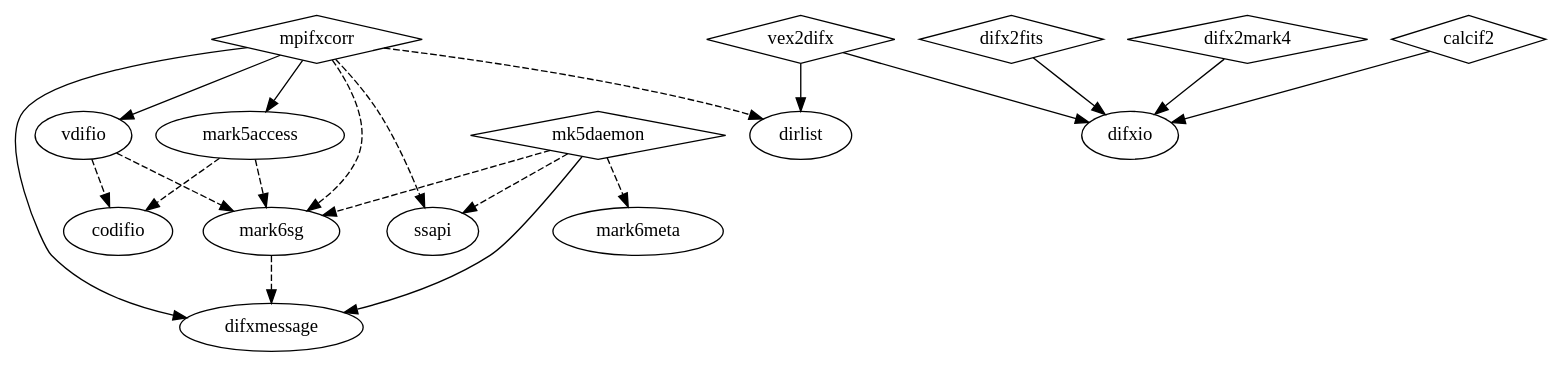
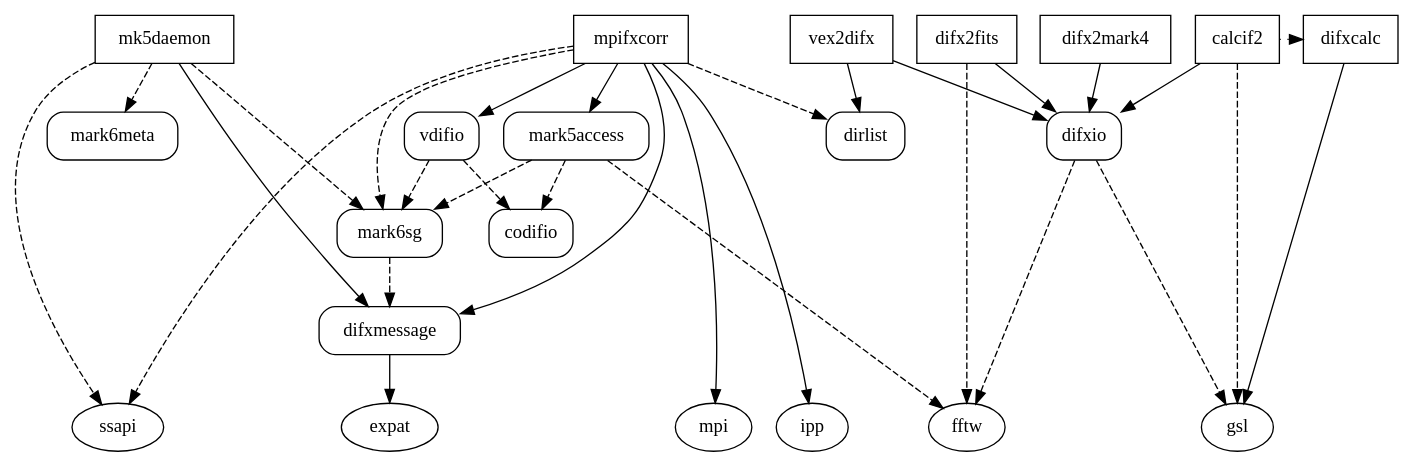
One commit to pwc/difx-svn2git-try4 changed the diagram in mpifxcorr/trunk/doc/dependencies.dot. Above: the diagram before and after it, drawn with Graphviz. The commit also changed 2 other files, not shown here.

```diff
--- a/mpifxcorr/trunk/doc/dependencies.dot
+++ b/mpifxcorr/trunk/doc/dependencies.dot
@@ -1,39 +1,58 @@
 digraph dependencies
 {
-	mpifxcorr [shape=diamond]
-	vdifio [shape=oval]
-	mark5access [shape=oval]
+	{ rank = same
+	mpifxcorr [shape=box]
+	difx2fits [shape=box]
+	difx2mark4 [shape=box]
+	vex2difx [shape=box]
+	mk5daemon [shape=box]
+	calcif2 [shape=box]
+	difxcalc [shape=box]
+	}
+	vdifio [shape=Mrecord]
+	mark5access [shape=Mrecord]
+	mark6sg [shape=Mrecord]
+	mark6meta [shape=Mrecord]
+	difxmessage [shape=Mrecord]
+	codifio [shape=Mrecord]
+	dirlist [shape=Mrecord]
+	difxio [shape=Mrecord]
+	{ rank = same
 	ssapi [shape=oval]
-	mark6sg [shape=oval]
-	mark6meta [shape=oval]
-	difxmessage [shape=oval]
-	codifio [shape=oval]
-	dirlist [shape=oval]
-	difxio [shape=oval]
-	difx2fits [shape=diamond]
-	difx2mark4 [shape=diamond]
-	vex2difx [shape=diamond]
-	mk5daemon [shape=diamond]
-	calcif2 [shape=diamond]
-
+	expat [shape=oval]
+	mpi [shape=oval]
+	ipp [shape=oval]
+	fftw [shape=oval]
+	gsl [shape=oval]
+	}
 	mpifxcorr -> vdifio
 	mpifxcorr -> mark5access
 	mpifxcorr -> difxmessage
 	mpifxcorr -> ssapi [style=dashed]
 	mpifxcorr -> dirlist [style=dashed]
 	mpifxcorr -> mark6sg [style=dashed]
 	vdifio -> mark6sg [style=dashed]
 	vdifio -> codifio [style=dashed]
 	mark5access -> mark6sg [style=dashed]
 	mark5access -> codifio [style=dashed]
 	mark6sg -> difxmessage [style=dashed]
 	difx2fits -> difxio
 	difx2mark4 -> difxio
 	vex2difx -> difxio
 	vex2difx -> dirlist
 	mk5daemon -> ssapi [style=dashed]
 	mk5daemon -> difxmessage
 	mk5daemon -> mark6meta [style=dashed]
 	mk5daemon -> mark6sg [style=dashed]
 	calcif2 -> difxio
+	calcif2 -> difxcalc [style=dotted]
+	difxmessage -> expat
+	mpifxcorr -> mpi
+	mpifxcorr -> ipp
+	mark5access -> fftw [style=dashed]
+	difx2fits -> fftw [style=dashed]
+	difxio -> fftw [style=dashed]
+	difxio -> gsl [style=dashed]
+	calcif2 -> gsl [style=dashed]
+	difxcalc -> gsl
 }
```
